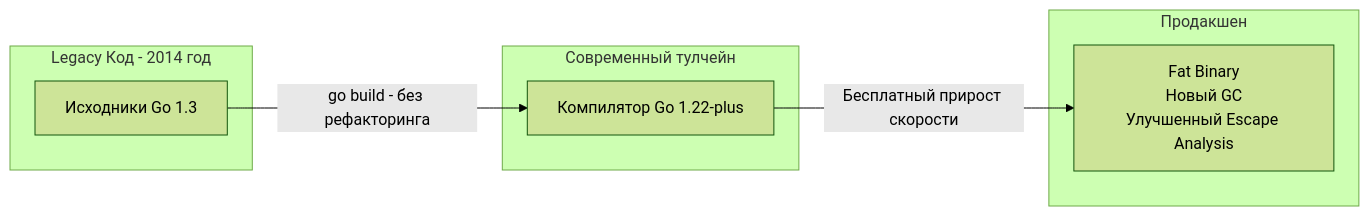
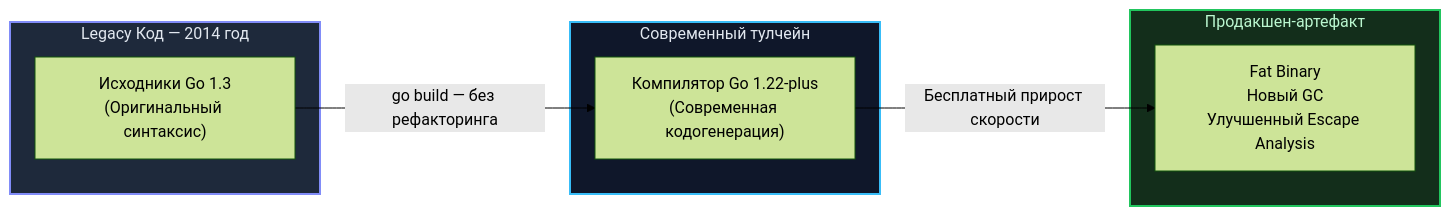
Before and after one commit to UnrealTemplier/go-textbook: the diagram in sources/4. История и философия Go/27. Совместимость Go 1 и стабильность экосистемы.md, drawn with Mermaid (forest theme). The commit also changed other lines of this file, not shown here.

````diff
--- a/sources/4. История и философия Go/27. Совместимость Go 1 и стабильность экосистемы.md
+++ b/sources/4. История и философия Go/27. Совместимость Go 1 и стабильность экосистемы.md
@@ -21,14 +26,18 @@
 ```mermaid
 flowchart LR
-    subgraph OLD_CODE ["Legacy Код - 2014 год"]
-        A["Исходники Go 1.3"]
+    subgraph OLD_CODE ["Legacy Код — 2014 год"]
+        A["Исходники Go 1.3<br>(Оригинальный синтаксис)"]
     end
-    subgraph NEW_COMPILER["Современный тулчейн"]
-        B["Компилятор Go 1.22-plus"]
+    subgraph NEW_COMPILER ["Современный тулчейн"]
+        B["Компилятор Go 1.22-plus<br>(Современная кодогенерация)"]
     end
-    subgraph RESULT ["Продакшен"]
+    subgraph RESULT ["Продакшен-артефакт"]
         C["Fat Binary<br>Новый GC<br>Улучшенный Escape Analysis"]
     end
-    A -->|"go build - без рефакторинга"| B
+    A -->|"go build — без рефакторинга"| B
     B -->|"Бесплатный прирост скорости"| C
+    
+    style OLD_CODE fill:#1e293b,stroke:#818cf8,stroke-width:2px,color:#e2e8f0
+    style NEW_COMPILER fill:#0f172a,stroke:#38bdf8,stroke-width:2px,color:#e2e8f0
+    style RESULT fill:#132e1b,stroke:#22c55e,stroke-width:2px,color:#bbf7d0
 ```
````
